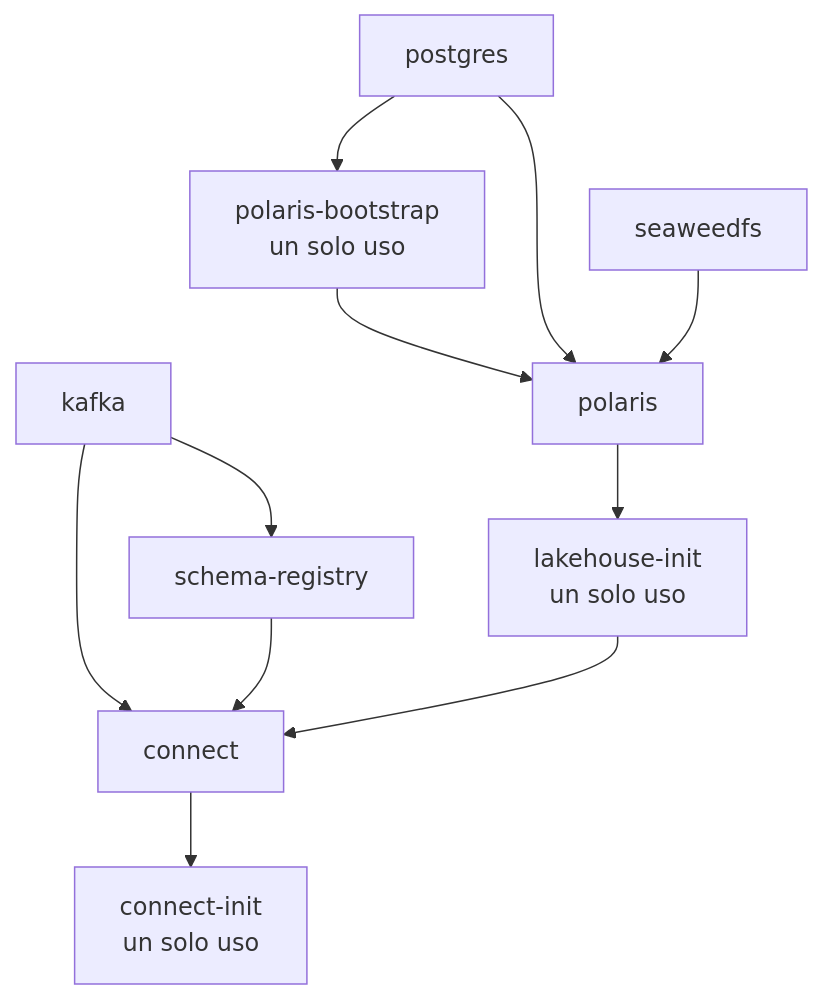
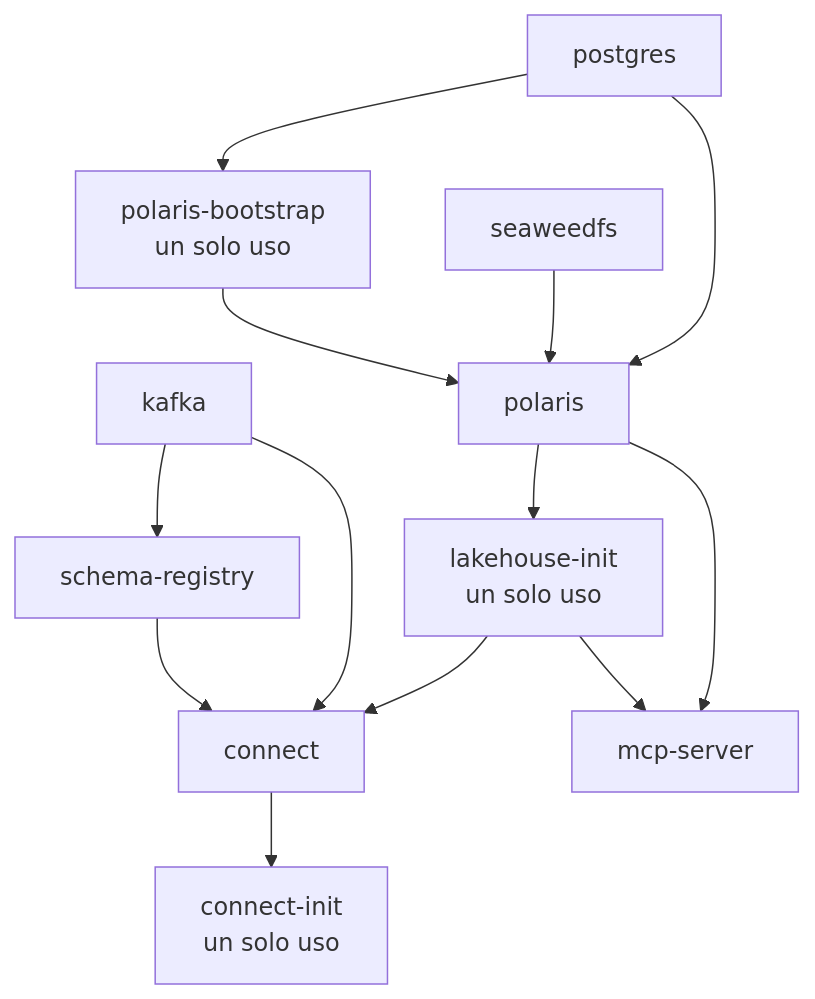
One commit to AlbaAsca/lakehouse-mcp changed the third of 3 diagrams in docs/wiki/02-arquitectura.md. Above: the diagram before and after it, drawn with Mermaid. The commit also changed other lines of this file and 12 other files, not shown here.

````diff
--- a/docs/wiki/02-arquitectura.md
+++ b/docs/wiki/02-arquitectura.md
@@ -99,13 +99,15 @@
 ```mermaid
 flowchart TD
     K[kafka] --> SR[schema-registry]
     PG[postgres] --> B[polaris-bootstrap<br/>un solo uso]
     B --> POL[polaris]
     PG --> POL
     SW[seaweedfs] --> POL
     POL --> I[lakehouse-init<br/>un solo uso]
     K --> C[connect]
     SR --> C
     I --> C
     C --> CI[connect-init<br/>un solo uso]
+    POL --> MCP[mcp-server]
+    I --> MCP
 ```
````
